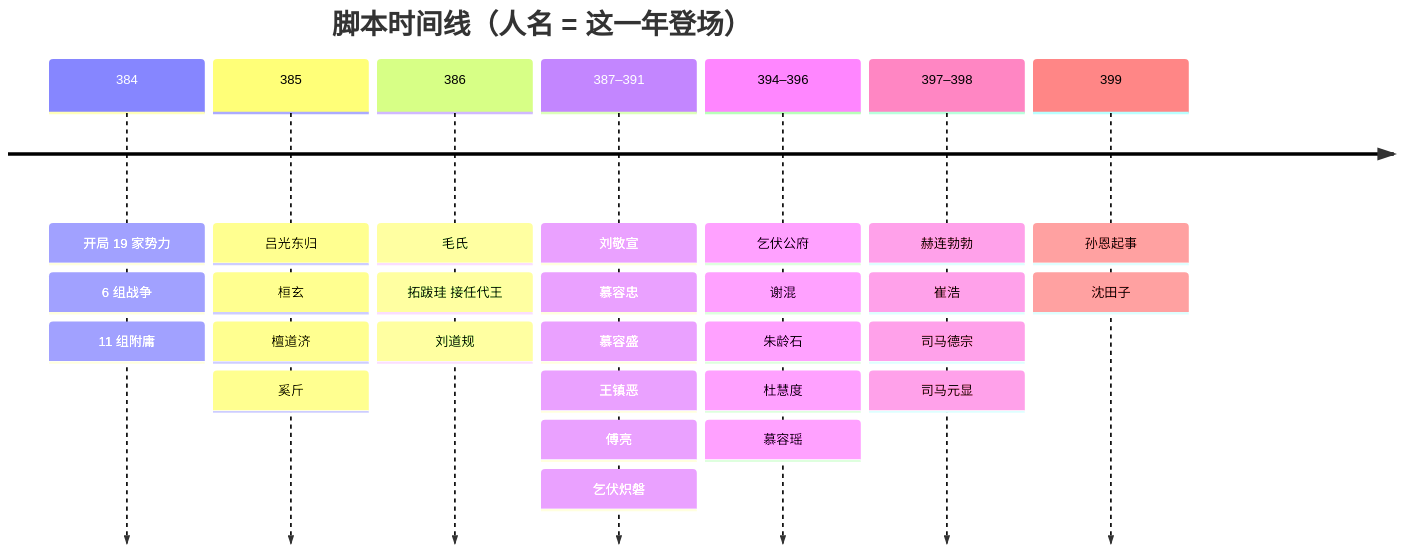
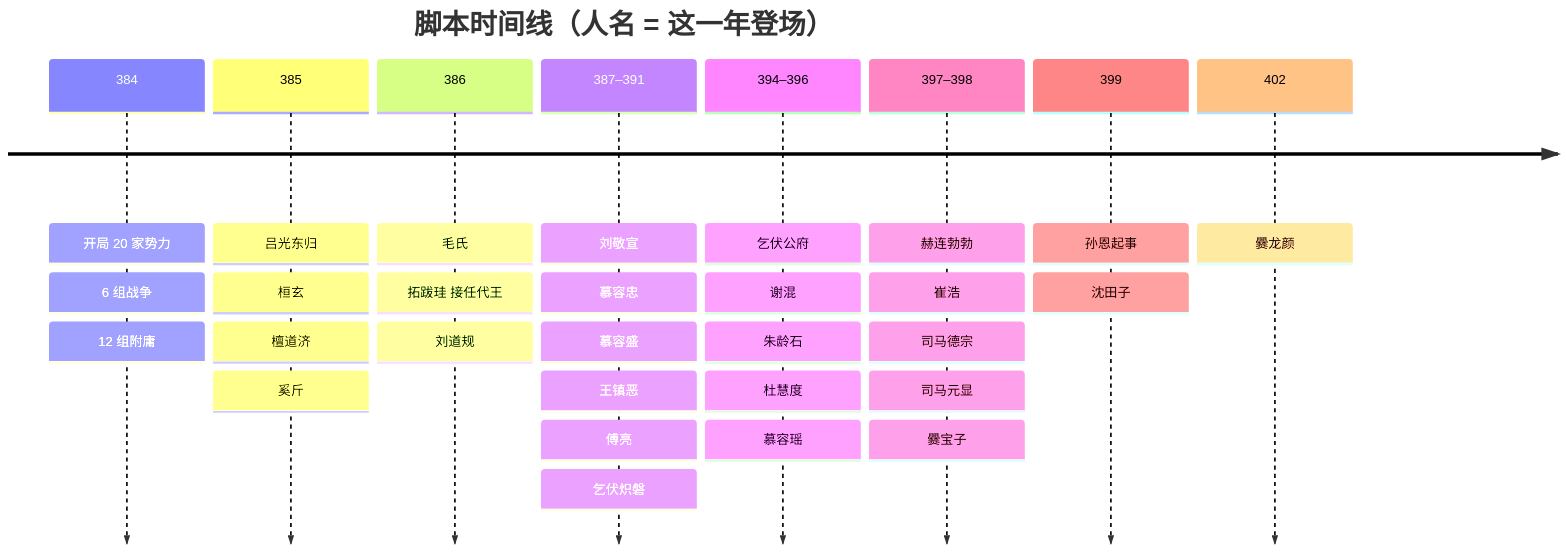
Before and after one commit to ritengzhang77-max/Public-Mod: the diagram in 全战三国/384/README.md, drawn with Mermaid. The commit also changed other lines of this file and 7 other files, not shown here.

Commit message:
384：南中四郡单独成「晋·宁州」（晋的附庸，刺史费统，爨宝子、爨龙颜按年登场）；疆域图、势力、人物、事件同步

````diff
--- a/全战三国/384/README.md
+++ b/全战三国/384/README.md
@@ -265,11 +266,12 @@
 ```mermaid
 timeline
     title 脚本时间线（人名 = 这一年登场）
-    384 : 开局 19 家势力 : 6 组战争 : 11 组附庸
+    384 : 开局 20 家势力 : 6 组战争 : 12 组附庸
     385 : 吕光东归 : 桓玄 : 檀道济 : 奚斤
     386 : 毛氏 : 拓跋珪 接任代王 : 刘道规
     387–391 : 刘敬宣 : 慕容忠 : 慕容盛 : 王镇恶 : 傅亮 : 乞伏炽磐
     394–396 : 乞伏公府 : 谢混 : 朱龄石 : 杜慧度 : 慕容瑶
-    397–398 : 赫连勃勃 : 崔浩 : 司马德宗 : 司马元显
+    397–398 : 赫连勃勃 : 崔浩 : 司马德宗 : 司马元显 : 爨宝子
     399 : 孙恩起事 : 沈田子
+    402 : 爨龙颜
 ```
````
